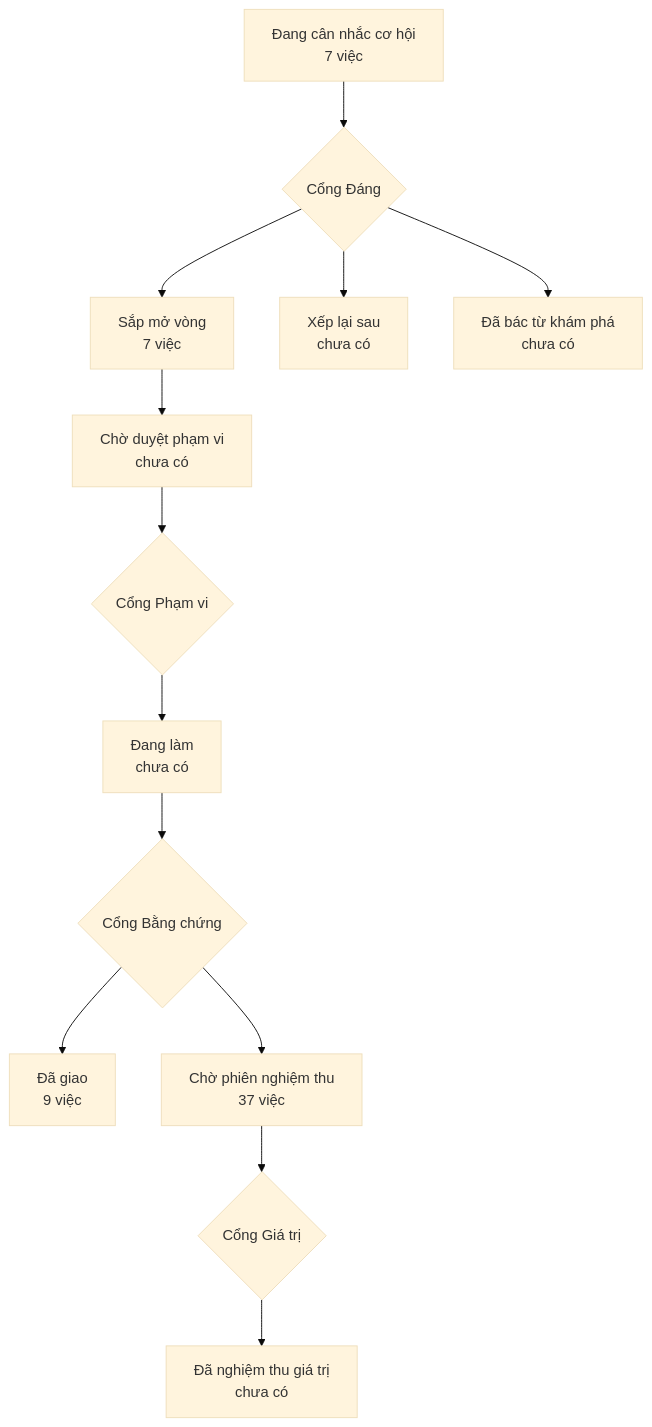
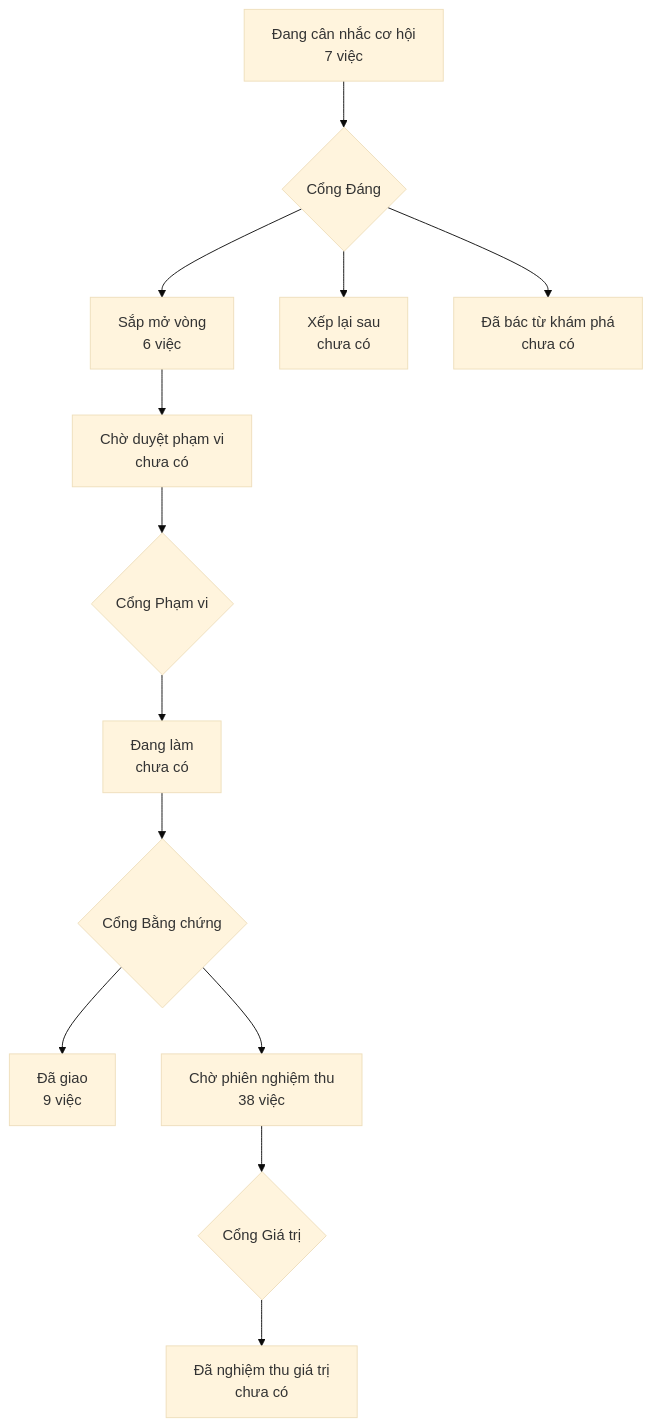
The diagram in PRODUCT-MAP.md (phanlemanh/onehub-quy-hang), drawn with Mermaid (base theme) before and after one commit. The commit also changed other lines of this file and 1 other file, not shown here.

Commit message:
chore(lo-trinh): vẽ lại bản đồ sau khi gộp main

````diff
--- a/PRODUCT-MAP.md
+++ b/PRODUCT-MAP.md
@@ -7,12 +7,12 @@
 ```mermaid
 flowchart TD
   A["Đang cân nhắc cơ hội<br/>7 việc"] --> GD{"Cổng Đáng"}
-  GD --> B["Sắp mở vòng<br/>7 việc"]
+  GD --> B["Sắp mở vòng<br/>6 việc"]
   GD --> XL["Xếp lại sau<br/>chưa có"]
   GD --> DB["Đã bác từ khám phá<br/>chưa có"]
   B --> CD["Chờ duyệt phạm vi<br/>chưa có"] --> GP{"Cổng Phạm vi"}
   GP --> DL["Đang làm<br/>chưa có"] --> GB{"Cổng Bằng chứng"}
   GB --> DG["Đã giao<br/>9 việc"]
-  GB --> CN["Chờ phiên nghiệm thu<br/>37 việc"] --> GG{"Cổng Giá trị"}
+  GB --> CN["Chờ phiên nghiệm thu<br/>38 việc"] --> GG{"Cổng Giá trị"}
   GG --> NT["Đã nghiệm thu giá trị<br/>chưa có"]
 ```
````
